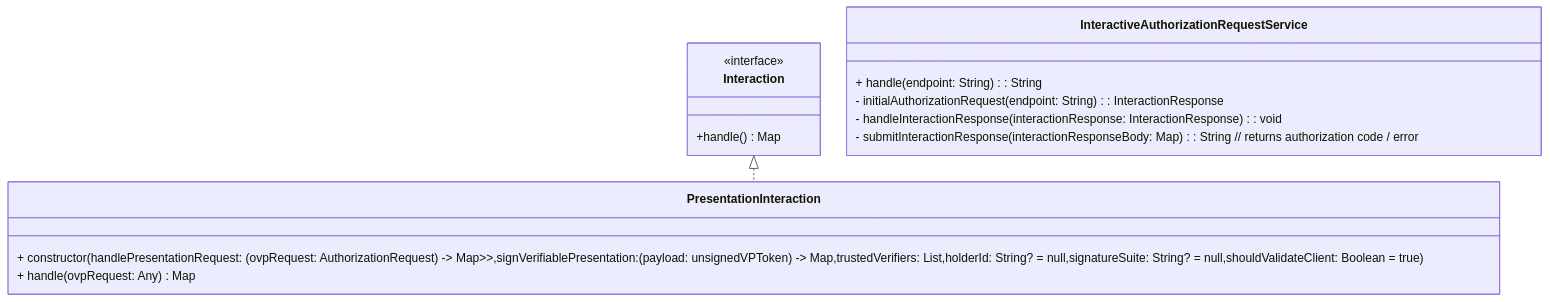
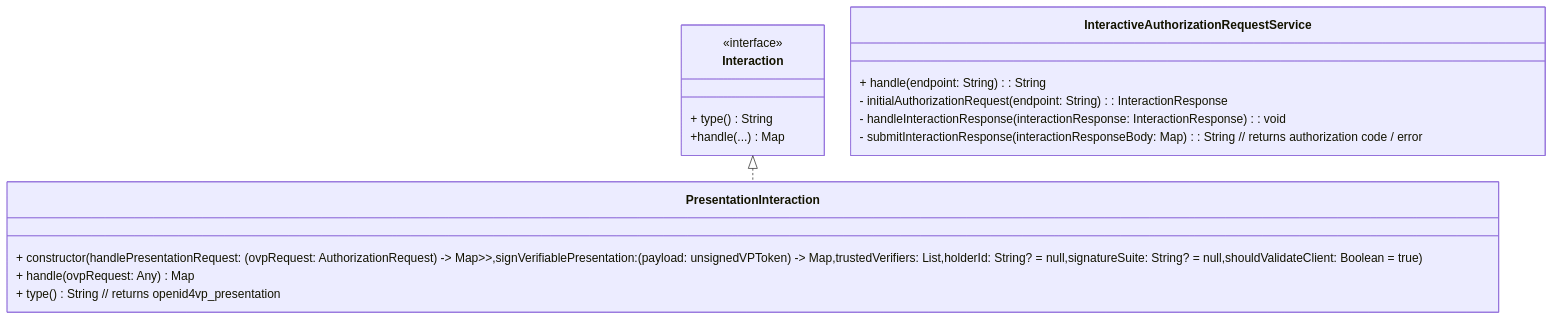
Before and after one commit to tw-mosip/inji-wallet: the third of 3 diagrams in docs/presentation-during-issuance.md, drawn with Mermaid. The commit also changed other lines of this file, not shown here.

````diff
--- a/docs/presentation-during-issuance.md
+++ b/docs/presentation-during-issuance.md
@@ -175,24 +175,26 @@
 ```mermaid
 ---
 config:
   layout: elk
 ---
 classDiagram
     class PresentationInteraction {
         + constructor(handlePresentationRequest: (ovpRequest: AuthorizationRequest) -> Map<String, Map<FormatType, List<Any>>>,signVerifiablePresentation: (payload: unsignedVPToken) -> Map<FormatType, VPTokenSigningResult>,trustedVerifiers: List<Verifier>,holderId: String? = null,signatureSuite: String? = null,shouldValidateClient: Boolean = true)
         + handle(ovpRequest: Any) Map<String, Any>
+        + type() String // returns openid4vp_presentation
     }
     class Interaction {
         <<interface>>
-        +handle() Map<String, Any>
+        + type() String
+        +handle(...) Map<String, Any>
     }
 
     Interaction <|.. PresentationInteraction
     
     class InteractiveAuthorizationRequestService {
         + handle(endpoint: String) : String
         - initialAuthorizationRequest(endpoint: String) : InteractionResponse
         - handleInteractionResponse(interactionResponse: InteractionResponse) : void
         - submitInteractionResponse(interactionResponseBody: Map<String, Any>) : String // returns authorization code / error
     }
 ```
````
